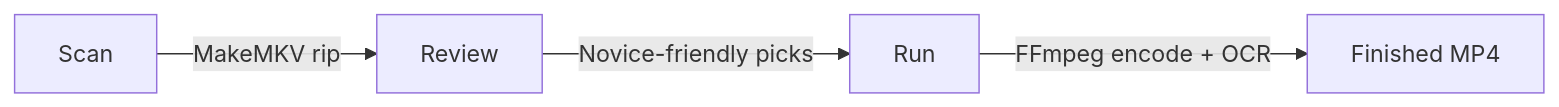
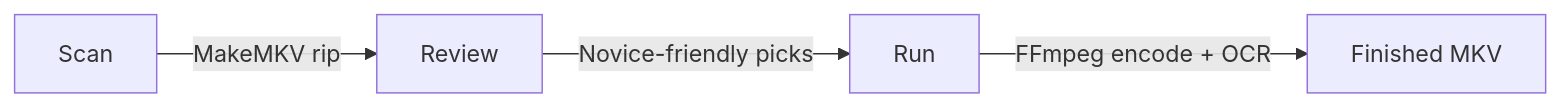
One commit to yetisoldier/bluray-to-mp4 changed the diagram in README.md. Above: the diagram before and after it, drawn with Mermaid. The commit also changed other lines of this file and 1 other file, not shown here.

First line of the commit message:
v0.2.38: docs sweep MP4 to MKV output container (Quill)

````diff
--- a/README.md
+++ b/README.md
@@ -97,6 +100,6 @@
 ```mermaid
 graph LR
   A[Scan] -- "MakeMKV rip" --> B[Review]
   B -- "Novice-friendly picks" --> C[Run]
-  C -- "FFmpeg encode + OCR" --> D[Finished MP4]
+  C -- "FFmpeg encode + OCR" --> D[Finished MKV]
 ```
````
